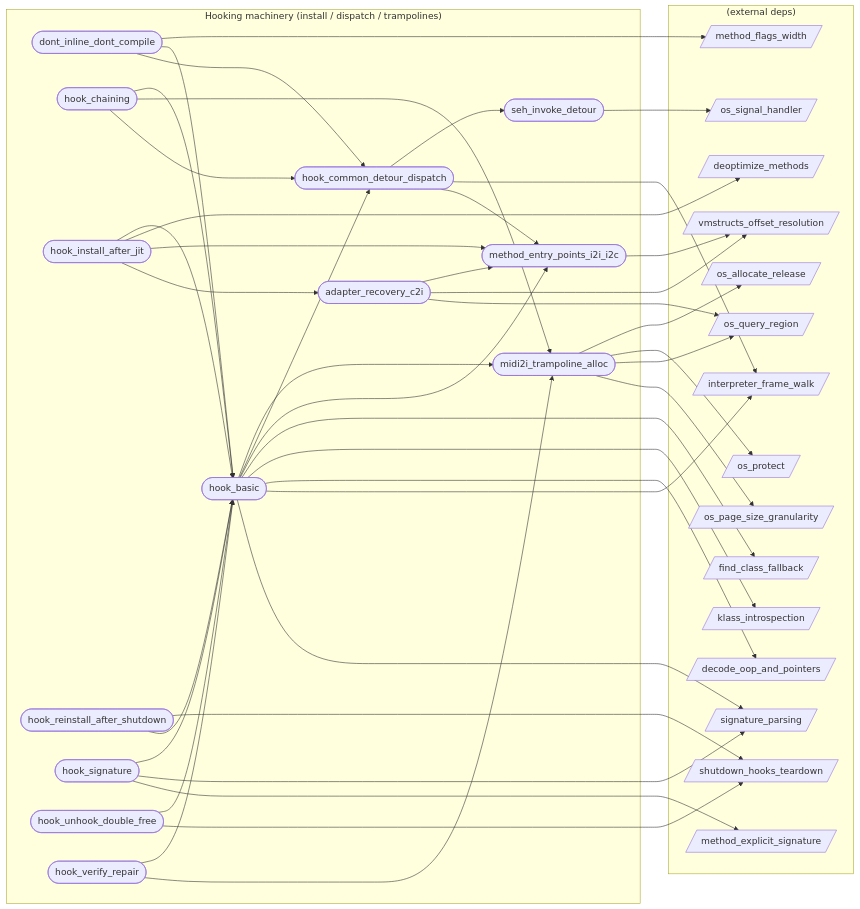
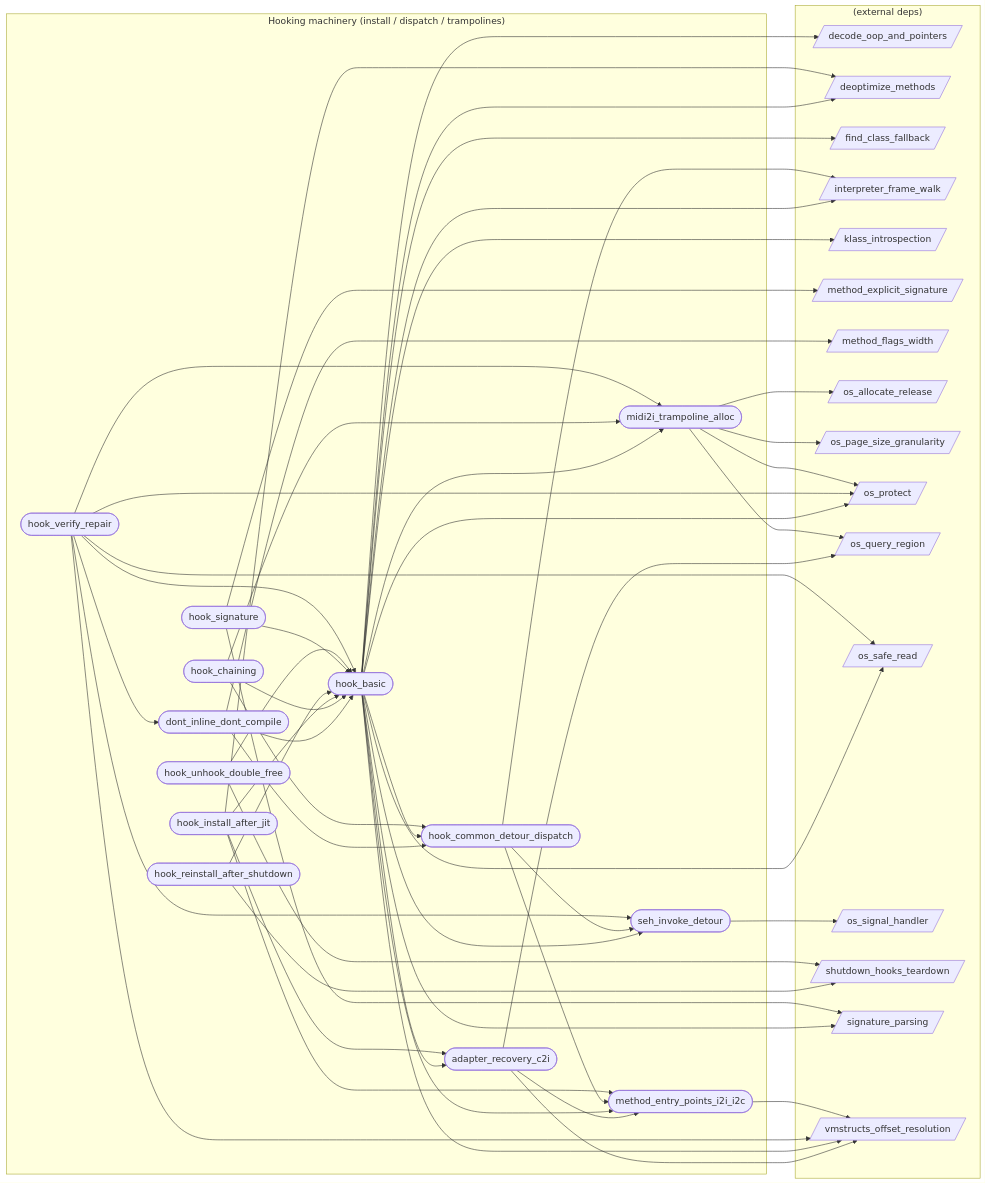
Before and after one commit to xxxnpno/VMHook: the diagram in audit/graph/categories/hook.md, drawn with Mermaid. The commit also changed other lines of this file and 24 other files, not shown here.

First line of the commit message:
docs(audit/features): enrich hook_basic, hook_verify_repair, make_java_string, wrapper_pattern

```diff
--- a/audit/graph/categories/hook.md
+++ b/audit/graph/categories/hook.md
@@ -56,6 +56,7 @@
     os_page_size_granularity[/os_page_size_granularity/]
     os_protect[/os_protect/]
     os_query_region[/os_query_region/]
+    os_safe_read[/os_safe_read/]
     os_signal_handler[/os_signal_handler/]
     shutdown_hooks_teardown[/shutdown_hooks_teardown/]
     signature_parsing[/signature_parsing/]
@@ -70,11 +71,17 @@
   hook_basic --> midi2i_trampoline_alloc
   hook_basic --> hook_common_detour_dispatch
   hook_basic --> method_entry_points_i2i_i2c
+  hook_basic --> seh_invoke_detour
   hook_basic --> find_class_fallback
   hook_basic --> klass_introspection
   hook_basic --> decode_oop_and_pointers
   hook_basic --> interpreter_frame_walk
   hook_basic --> signature_parsing
+  hook_basic --> vmstructs_offset_resolution
+  hook_basic --> adapter_recovery_c2i
+  hook_basic --> deoptimize_methods
+  hook_basic --> os_protect
+  hook_basic --> os_safe_read
   hook_chaining --> hook_basic
   hook_chaining --> midi2i_trampoline_alloc
   hook_chaining --> hook_common_detour_dispatch
@@ -94,6 +101,11 @@
   hook_unhook_double_free --> shutdown_hooks_teardown
   hook_verify_repair --> hook_basic
   hook_verify_repair --> midi2i_trampoline_alloc
+  hook_verify_repair --> os_safe_read
+  hook_verify_repair --> os_protect
+  hook_verify_repair --> vmstructs_offset_resolution
+  hook_verify_repair --> seh_invoke_detour
+  hook_verify_repair --> dont_inline_dont_compile
   method_entry_points_i2i_i2c --> vmstructs_offset_resolution
   midi2i_trampoline_alloc --> os_allocate_release
   midi2i_trampoline_alloc --> os_protect
```
